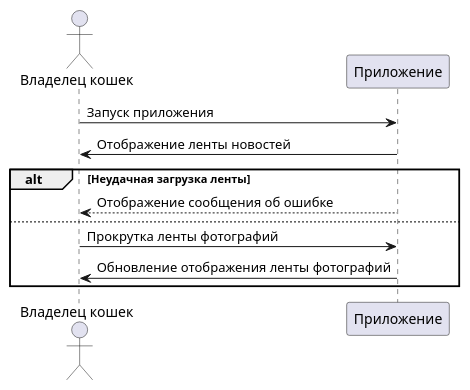
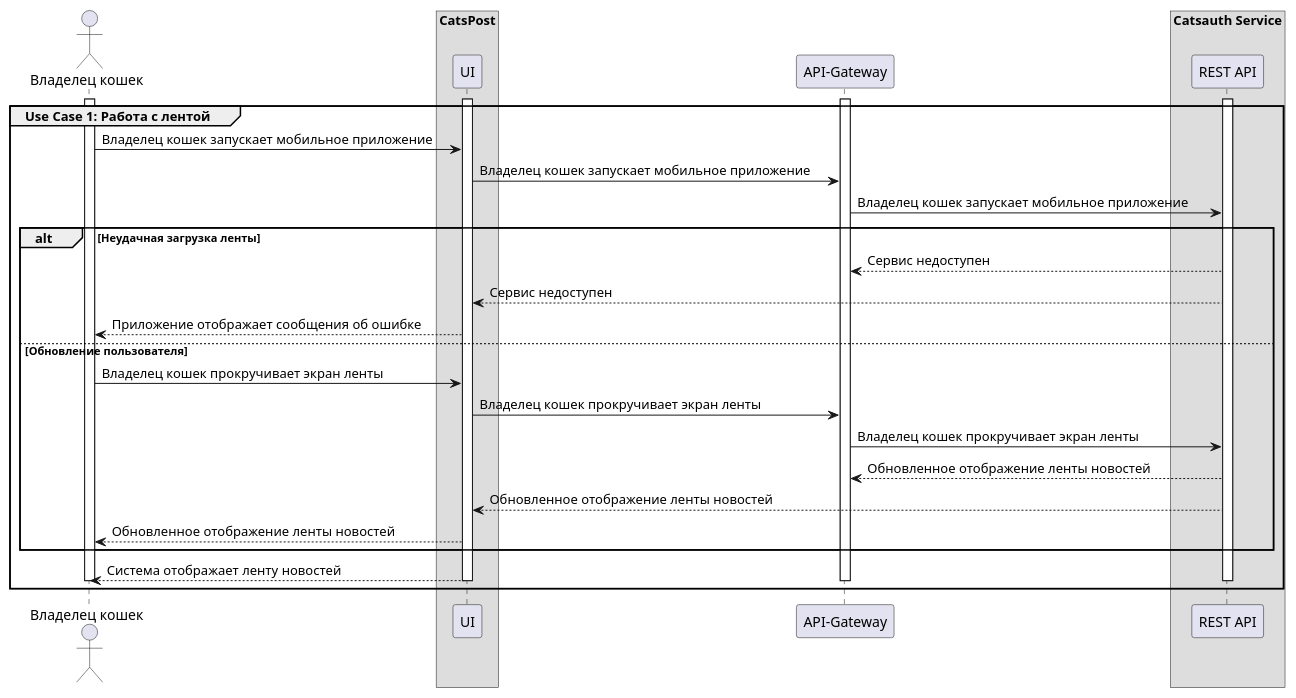
One commit to nikitcat/requirements.github.io changed the diagram in src/docs/asciidoc/uml/seq_diaqrams/feed.puml. Above: the diagram before and after it, drawn with PlantUML. The commit also changed 4 other files, not shown here.

```diff
--- a/src/docs/asciidoc/uml/seq_diaqrams/feed.puml
+++ b/src/docs/asciidoc/uml/seq_diaqrams/feed.puml
@@ -1,14 +1,39 @@
 @startuml
 actor "Владелец кошек" as User
-participant "Приложение" as App
+box "CatsPost"
+    participant "UI" as UI
+end box
+participant "API-Gateway" as Gateway
+box "Catsauth Service"
+participant "REST API" as REST
+end box
 
-User -> App: Запуск приложения
-App -> User: Отображение ленты новостей
 
+
+group Use Case 1: Работа с лентой
+activate User
+activate UI
+activate Gateway
+activate REST
+User -> UI:Владелец кошек запускает мобильное приложение
+UI -> Gateway:Владелец кошек запускает мобильное приложение
+Gateway -> REST:Владелец кошек запускает мобильное приложение
 alt Неудачная загрузка ленты
-  User <-- App: Отображение сообщения об ошибке
-else
-  User -> App: Прокрутка ленты фотографий
-  App -> User: Обновление отображения ленты фотографий
+Gateway <-- REST:Сервис недоступен
+UI <-- REST:Сервис недоступен
+User <-- UI:Приложение отображает сообщения об ошибке
+else Обновление пользователя
+User -> UI:Владелец кошек прокручивает экран ленты
+UI -> Gateway:Владелец кошек прокручивает экран ленты
+Gateway -> REST:Владелец кошек прокручивает экран ленты
+Gateway <-- REST:Обновленное отображение ленты новостей
+UI <-- REST:Обновленное отображение ленты новостей
+User <-- UI:Обновленное отображение ленты новостей
 end
+User <-- UI:Система отображает ленту новостей
+deactivate User
+deactivate UI
+deactivate Gateway
+deactivate REST
+end group
 @enduml
```
